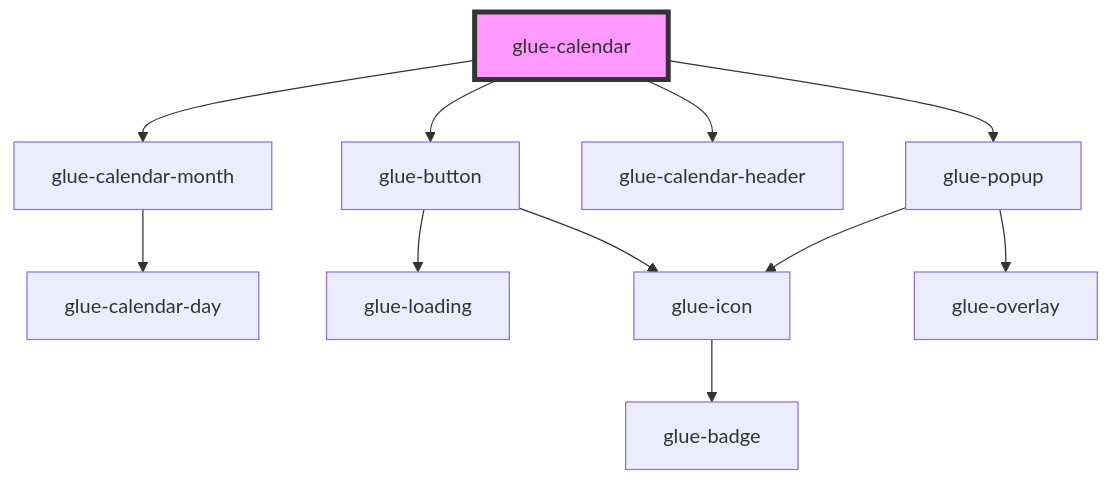
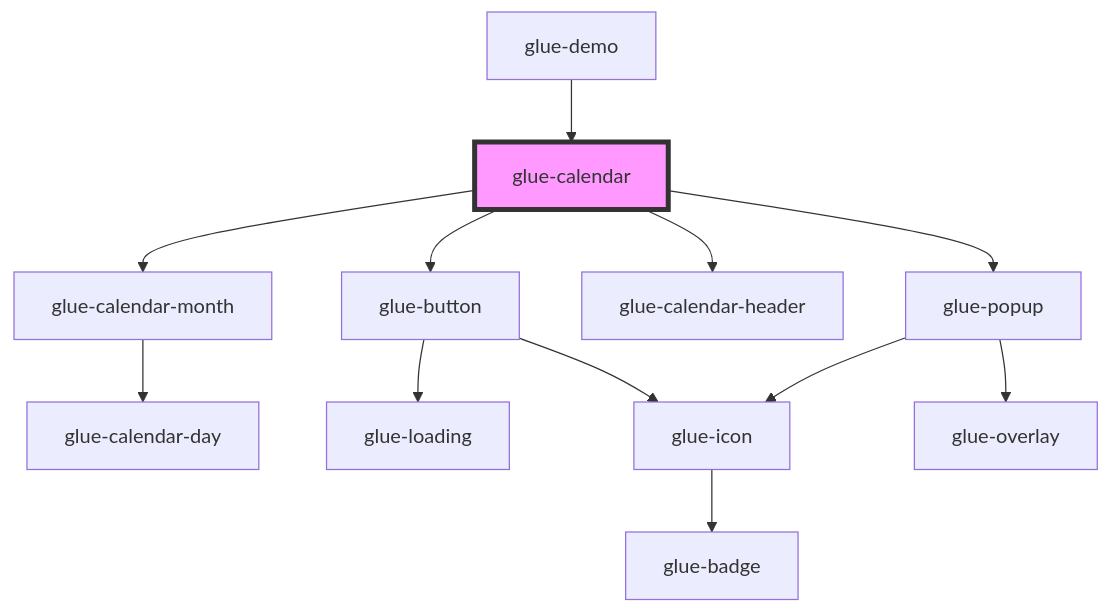
One commit to grasilife/glue changed the diagram in packages/glue-components/src/components/glue-calendar/readme.md. Above: the diagram before and after it, drawn with Mermaid. The commit also changed other lines of this file and 13 other files, not shown here.

````diff
--- a/packages/glue-components/src/components/glue-calendar/readme.md
+++ b/packages/glue-components/src/components/glue-calendar/readme.md
@@ -68,14 +71,15 @@
 ```mermaid
 graph TD;
   glue-calendar --> glue-calendar-month
   glue-calendar --> glue-button
   glue-calendar --> glue-calendar-header
   glue-calendar --> glue-popup
   glue-calendar-month --> glue-calendar-day
   glue-button --> glue-loading
   glue-button --> glue-icon
   glue-icon --> glue-badge
   glue-popup --> glue-icon
   glue-popup --> glue-overlay
+  glue-demo --> glue-calendar
   style glue-calendar fill:#f9f,stroke:#333,stroke-width:4px
 ```
````
